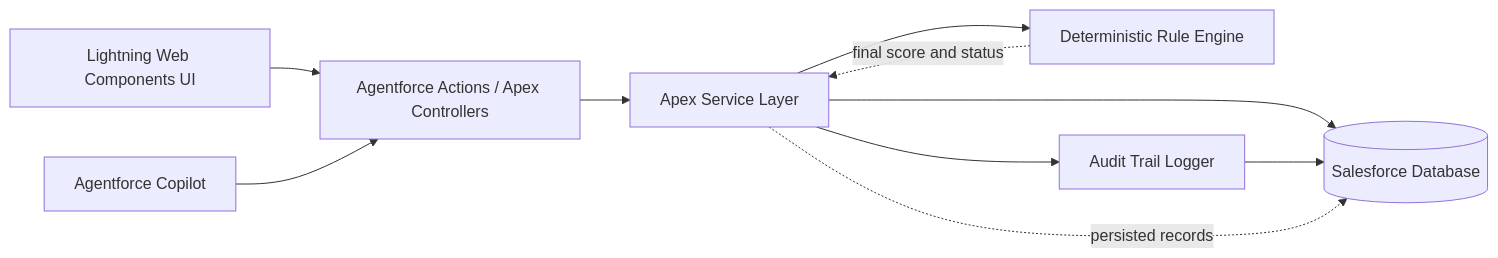
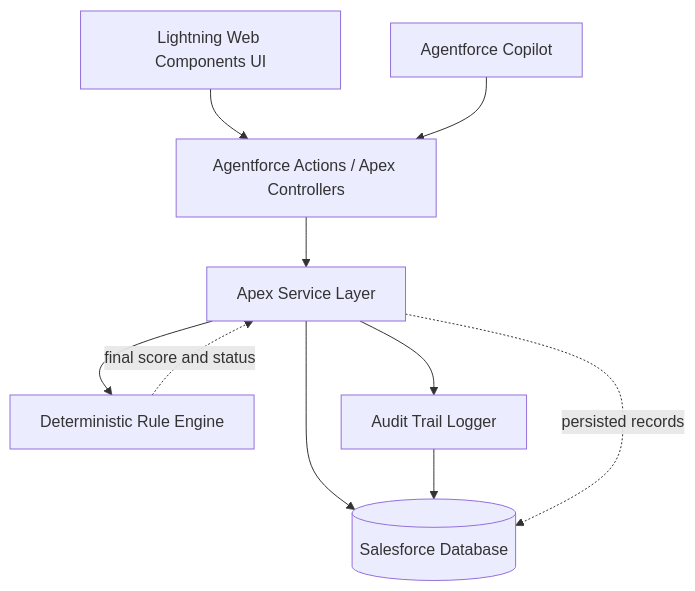
One commit to VedantVH/Salesforce-compass-program changed the first of 2 diagrams in README.md. Above: the diagram before and after it, drawn with Mermaid. The commit also changed other lines of this file and 2 other files, not shown here.

````diff
--- a/README.md
+++ b/README.md
@@ -46,13 +41,13 @@
 ```mermaid
-flowchart LR
+flowchart TD
     LWC[Lightning Web Components UI] --> Controller[Agentforce Actions / Apex Controllers]
     Agentforce[Agentforce Copilot] --> Controller
     Controller --> Services[Apex Service Layer]
     Services --> Engine[Deterministic Rule Engine]
     Services --> Database[(Salesforce Database)]
     Services --> Audit[Audit Trail Logger]
     Audit --> Database
     
     Engine -. final score and status .-> Services
     Services -. persisted records .-> Database
 ```
````
